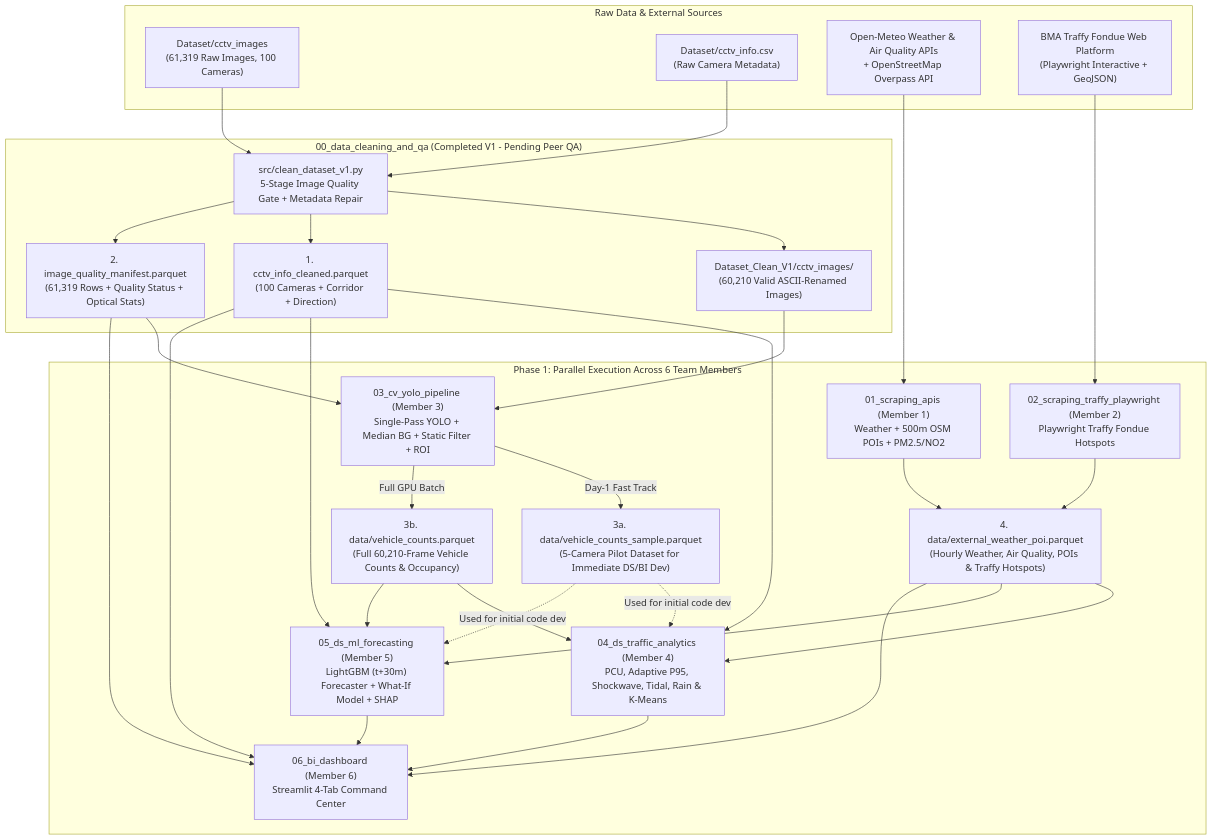
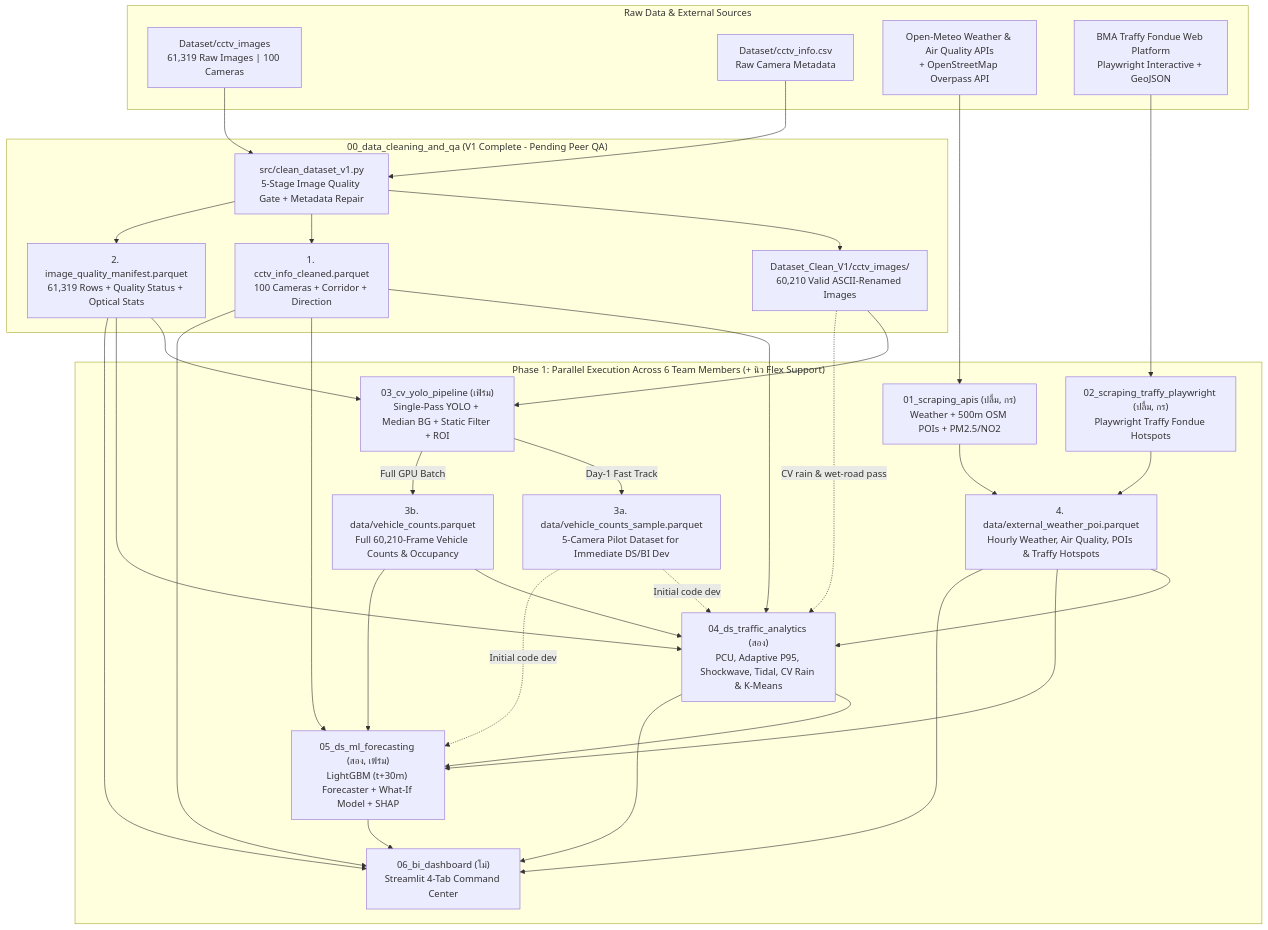
The diagram in GOAL.md (nontaphatfirm/BKK-Pulse), drawn with Mermaid before and after one commit. The commit also changed other lines of this file and 17 other files, not shown here.

````diff
--- a/GOAL.md
+++ b/GOAL.md
@@ -34,62 +34,65 @@
 ```mermaid
 flowchart TD
     subgraph RawSources["Raw Data & External Sources"]
-        RAW_IMG["Dataset/cctv_images<br/>(61,319 Raw Images, 100 Cameras)"]
-        RAW_META["Dataset/cctv_info.csv<br/>(Raw Camera Metadata)"]
+        RAW_IMG["Dataset/cctv_images<br/>61,319 Raw Images | 100 Cameras"]
+        RAW_META["Dataset/cctv_info.csv<br/>Raw Camera Metadata"]
         EXT_API["Open-Meteo Weather & Air Quality APIs<br/>+ OpenStreetMap Overpass API"]
-        EXT_WEB["BMA Traffy Fondue Web Platform<br/>(Playwright Interactive + GeoJSON)"]
+        EXT_WEB["BMA Traffy Fondue Web Platform<br/>Playwright Interactive + GeoJSON"]
     end
 
-    subgraph Task00["00_data_cleaning_and_qa (Completed V1 - Pending Peer QA)"]
+    subgraph Task00["00_data_cleaning_and_qa (V1 Complete - Pending Peer QA)"]
         CLEAN_SCRIPT["src/clean_dataset_v1.py<br/>5-Stage Image Quality Gate + Metadata Repair"]
-        CLEAN_IMG["Dataset_Clean_V1/cctv_images/<br/>(60,210 Valid ASCII-Renamed Images)"]
-        TBL_META["1. cctv_info_cleaned.parquet<br/>(100 Cameras + Corridor + Direction)"]
-        TBL_MAN["2. image_quality_manifest.parquet<br/>(61,319 Rows + Quality Status + Optical Stats)"]
+        CLEAN_IMG["Dataset_Clean_V1/cctv_images/<br/>60,210 Valid ASCII-Renamed Images"]
+        TBL_META["1. cctv_info_cleaned.parquet<br/>100 Cameras + Corridor + Direction"]
+        TBL_MAN["2. image_quality_manifest.parquet<br/>61,319 Rows + Quality Status + Optical Stats"]
     end
 
-    subgraph ParallelTracks["Phase 1: Parallel Execution Across 6 Team Members"]
-        T01["01_scraping_apis (Member 1)<br/>Weather + 500m OSM POIs + PM2.5/NO2"]
-        T02["02_scraping_traffy_playwright (Member 2)<br/>Playwright Traffy Fondue Hotspots"]
-        T03["03_cv_yolo_pipeline (Member 3)<br/>Single-Pass YOLO + Median BG + Static Filter + ROI"]
+    subgraph ParallelTracks["Phase 1: Parallel Execution Across 6 Team Members (+ นิว Flex Support)"]
+        T01["01_scraping_apis (ปลื้ม, กร)<br/>Weather + 500m OSM POIs + PM2.5/NO2"]
+        T02["02_scraping_traffy_playwright (ปลื้ม, กร)<br/>Playwright Traffy Fondue Hotspots"]
+        T03["03_cv_yolo_pipeline (เฟิร์ม)<br/>Single-Pass YOLO + Median BG + Static Filter + ROI"]
 
-        TBL_EXT["4. data/external_weather_poi.parquet<br/>(Hourly Weather, Air Quality, POIs & Traffy Hotspots)"]
-        TBL_SAMPLE["3a. data/vehicle_counts_sample.parquet<br/>(5-Camera Pilot Dataset for Immediate DS/BI Dev)"]
-        TBL_VEH["3b. data/vehicle_counts.parquet<br/>(Full 60,210-Frame Vehicle Counts & Occupancy)"]
+        TBL_EXT["4. data/external_weather_poi.parquet<br/>Hourly Weather, Air Quality, POIs & Traffy Hotspots"]
+        TBL_SAMPLE["3a. data/vehicle_counts_sample.parquet<br/>5-Camera Pilot Dataset for Immediate DS/BI Dev"]
+        TBL_VEH["3b. data/vehicle_counts.parquet<br/>Full 60,210-Frame Vehicle Counts & Occupancy"]
 
-        T04["04_ds_traffic_analytics (Member 4)<br/>PCU, Adaptive P95, Shockwave, Tidal, Rain & K-Means"]
-        T05["05_ds_ml_forecasting (Member 5)<br/>LightGBM (t+30m) Forecaster + What-If Model + SHAP"]
-        T06["06_bi_dashboard (Member 6)<br/>Streamlit 4-Tab Command Center"]
+        T04["04_ds_traffic_analytics (สอง)<br/>PCU, Adaptive P95, Shockwave, Tidal, CV Rain & K-Means"]
+        T05["05_ds_ml_forecasting (สอง, เฟิร์ม)<br/>LightGBM (t+30m) Forecaster + What-If Model + SHAP"]
+        T06["06_bi_dashboard (โม่)<br/>Streamlit 4-Tab Command Center"]
     end
 
     RAW_IMG --> CLEAN_SCRIPT
     RAW_META --> CLEAN_SCRIPT
     CLEAN_SCRIPT --> CLEAN_IMG
     CLEAN_SCRIPT --> TBL_META
     CLEAN_SCRIPT --> TBL_MAN
 
     EXT_API --> T01
     EXT_WEB --> T02
     T01 --> TBL_EXT
     T02 --> TBL_EXT
 
     CLEAN_IMG --> T03
     TBL_MAN --> T03
     T03 -->|"Day-1 Fast Track"| TBL_SAMPLE
     T03 -->|"Full GPU Batch"| TBL_VEH
 
+    CLEAN_IMG -.->|"CV rain & wet-road pass"| T04
     TBL_META --> T04
+    TBL_MAN --> T04
     TBL_EXT --> T04
-    TBL_SAMPLE -.->|"Used for initial code dev"| T04
+    TBL_SAMPLE -.->|"Initial code dev"| T04
     TBL_VEH --> T04
 
     TBL_META --> T05
     TBL_EXT --> T05
-    TBL_SAMPLE -.->|"Used for initial code dev"| T05
+    TBL_SAMPLE -.->|"Initial code dev"| T05
     TBL_VEH --> T05
+    T04 --> T05
 
     TBL_META --> T06
     TBL_MAN --> T06
     TBL_EXT --> T06
     T04 --> T06
     T05 --> T06
 ```
````
